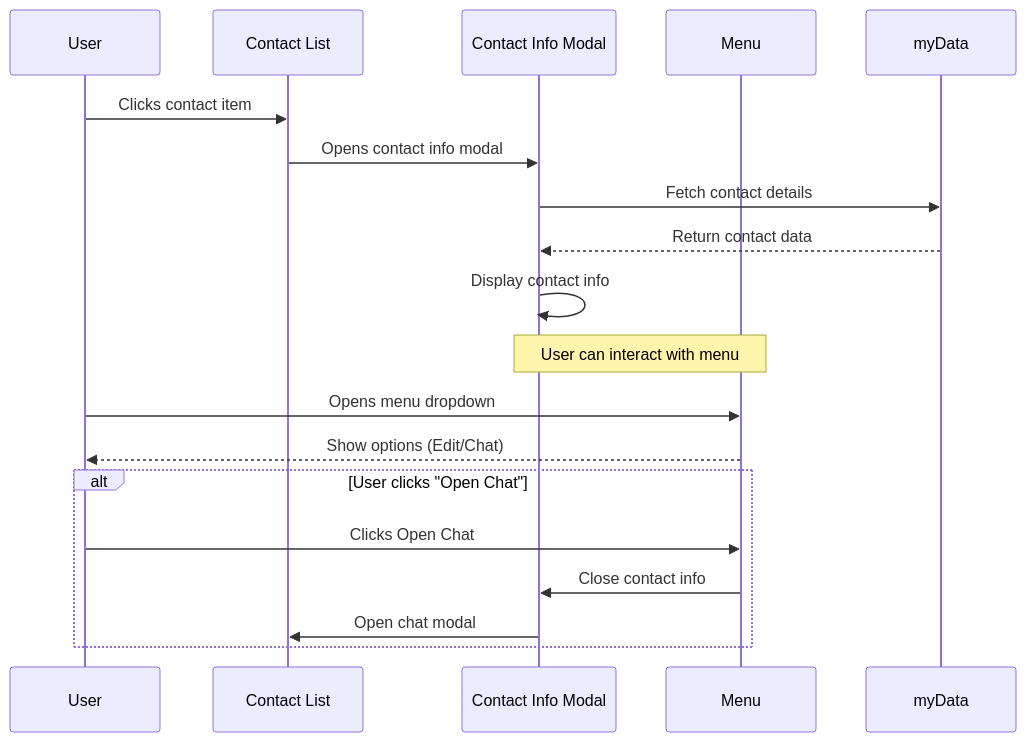
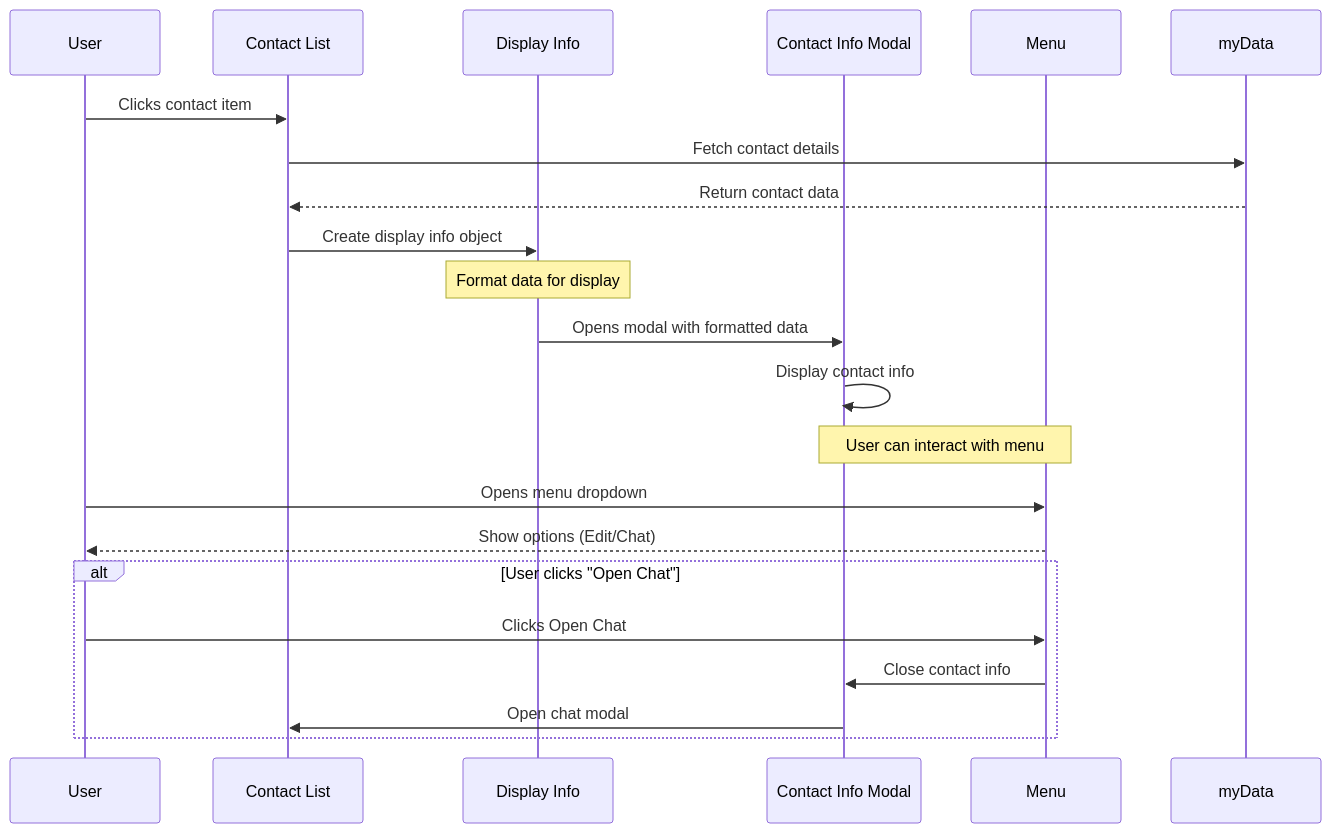
One commit to silver83p/web-client-v2 changed the diagram in data_structures_flow/contact-info-opening.md. Above: the diagram before and after it, drawn with Mermaid. The commit also changed other lines of this file and 1 other file, not shown here.

First line of the commit message:
Enhance contact info display with fallback and comprehensive information rendering

````diff
--- a/data_structures_flow/contact-info-opening.md
+++ b/data_structures_flow/contact-info-opening.md
@@ -31,24 +31,27 @@
 ```mermaid
 sequenceDiagram
     participant U as User
     participant CL as Contact List
+    participant DI as Display Info
     participant CI as Contact Info Modal
     participant M as Menu
     participant D as myData
 
     U->>CL: Clicks contact item
-    CL->>CI: Opens contact info modal
-    CI->>D: Fetch contact details
-    D-->>CI: Return contact data
+    CL->>D: Fetch contact details
+    D-->>CL: Return contact data
+    CL->>DI: Create display info object
+    Note over DI: Format data for display
+    DI->>CI: Opens modal with formatted data
     CI->>CI: Display contact info
 
     Note over CI,M: User can interact with menu
     U->>M: Opens menu dropdown
     M-->>U: Show options (Edit/Chat)
 
     alt User clicks "Open Chat"
         U->>M: Clicks Open Chat
         M->>CI: Close contact info
         CI->>CL: Open chat modal
     end
 ```
````
